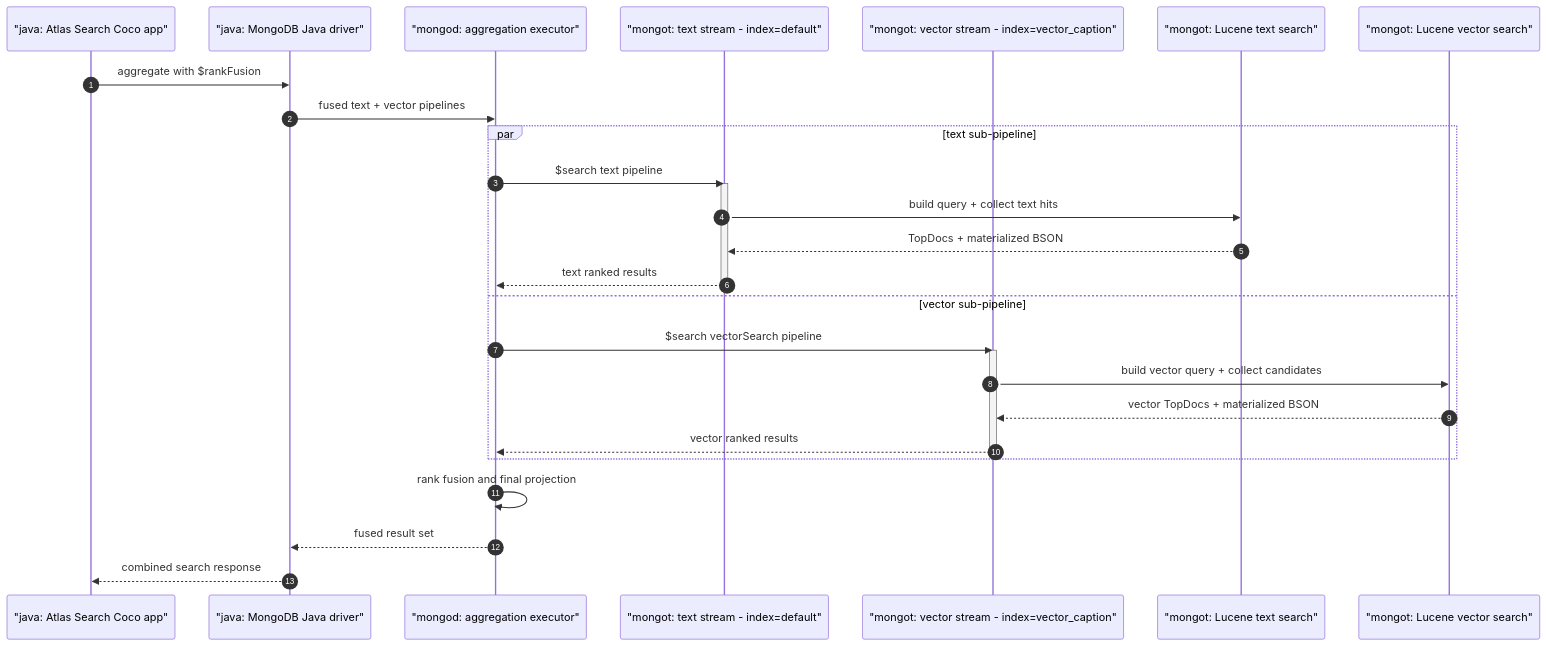
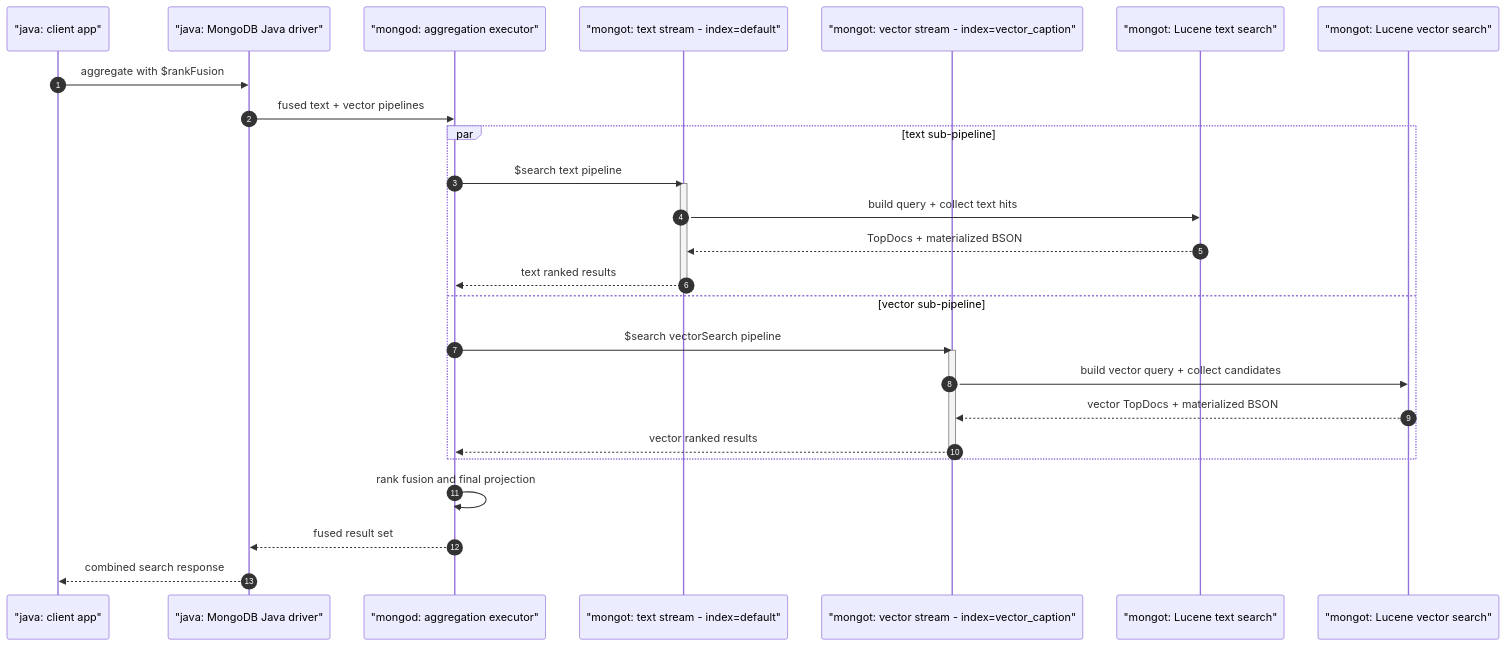
One commit to luketn/mongot changed the seventh of 11 diagrams in MONGOT_TIMELINE.md. Above: the diagram before and after it, drawn with Mermaid. The commit also changed other lines of this file and 12 other files, not shown here.

````diff
--- a/MONGOT_TIMELINE.md
+++ b/MONGOT_TIMELINE.md
@@ -305,32 +305,32 @@
 ```mermaid
 sequenceDiagram
     autonumber
-    participant app as "java: Atlas Search Coco app"
+    participant app as "java: client app"
     participant driver as "java: MongoDB Java driver"
     participant mongod as "mongod: aggregation executor"
     participant text as "mongot: text stream - index=default"
     participant vector as "mongot: vector stream - index=vector_caption"
     participant luceneText as "mongot: Lucene text search"
     participant luceneVector as "mongot: Lucene vector search"
 
     app->>driver: aggregate with $rankFusion
     driver->>mongod: fused text + vector pipelines
     par text sub-pipeline
         mongod->>text: $search text pipeline
         activate text
         text->>luceneText: build query + collect text hits
         luceneText-->>text: TopDocs + materialized BSON
         text-->>mongod: text ranked results
         deactivate text
     and vector sub-pipeline
         mongod->>vector: $search vectorSearch pipeline
         activate vector
         vector->>luceneVector: build vector query + collect candidates
         luceneVector-->>vector: vector TopDocs + materialized BSON
         vector-->>mongod: vector ranked results
         deactivate vector
     end
     mongod->>mongod: rank fusion and final projection
     mongod-->>driver: fused result set
     driver-->>app: combined search response
 ```
````
